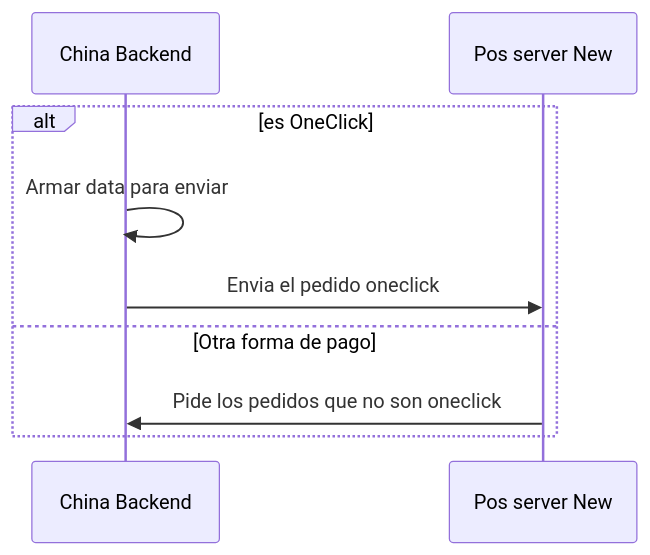
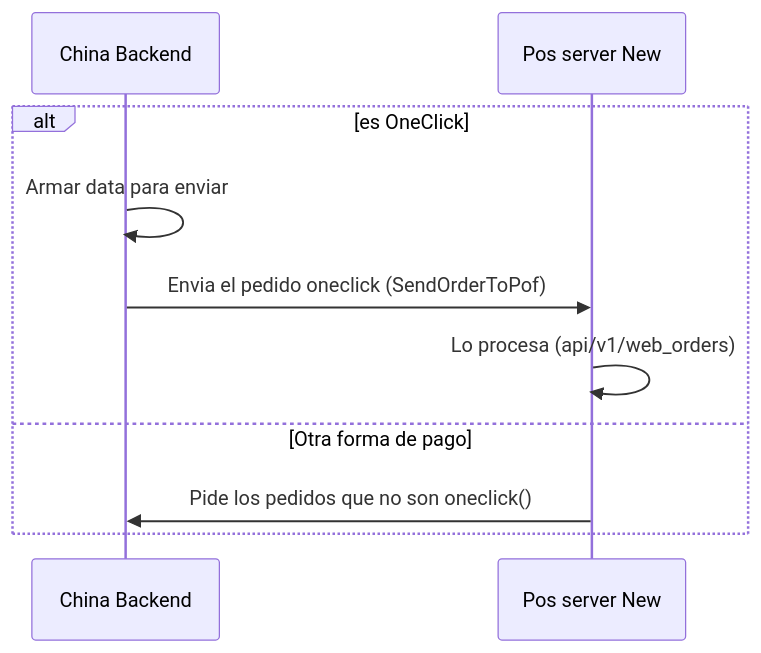
The third of 4 diagrams in 100_niufoods/03_projects/china_backend/documentation/orders/diagramns.md (javix70/personal_obsidian), drawn with Mermaid before and after one commit. The commit also changed other lines of this file and 3 other files, not shown here.

````diff
--- a/100_niufoods/03_projects/china_backend/documentation/orders/diagramns.md
+++ b/100_niufoods/03_projects/china_backend/documentation/orders/diagramns.md
@@ -90,13 +94,14 @@
 ```mermaid
 
 sequenceDiagram
     participant CB as China Backend
     participant PN as Pos server New
 
     alt es OneClick
 	    CB->>CB: Armar data para enviar
-        CB->>PN: Envia el pedido oneclick
+        CB->>PN: Envia el pedido oneclick (SendOrderToPof)
+        PN->>PN: Lo procesa (api/v1/web_orders)
     else Otra forma de pago
-        PN->>CB: Pide los pedidos que no son oneclick
+        PN->>CB: Pide los pedidos que no son oneclick()
     end
 ```
````
